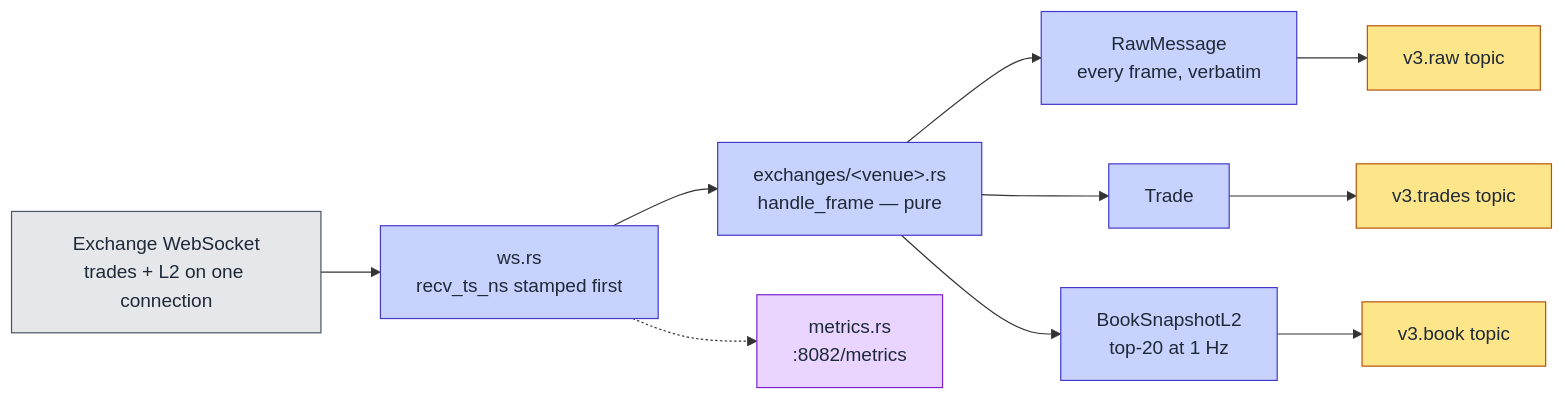
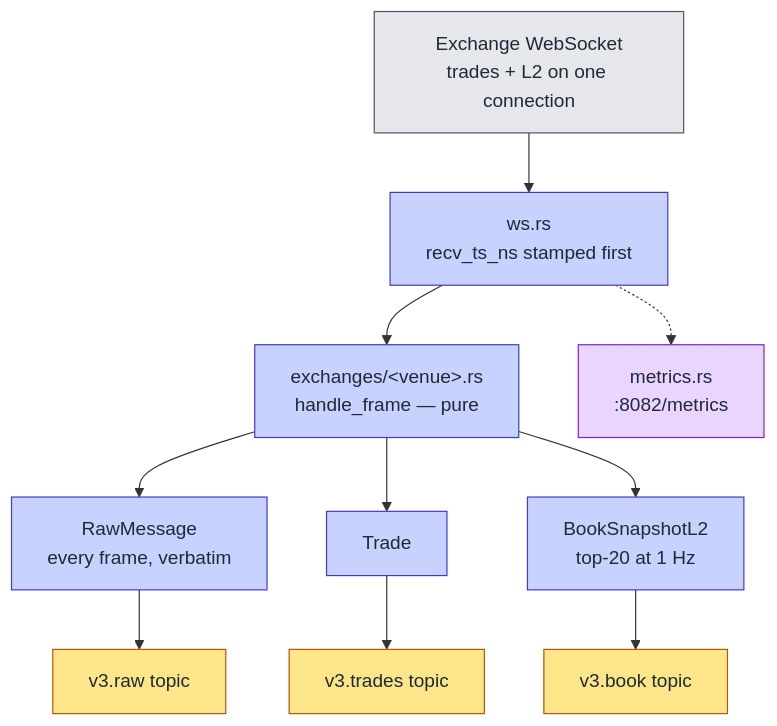
Before and after one commit to rjdscott/k2-market-data-platform: the diagram in docs/architecture/streaming-sources.md, drawn with Mermaid. The commit also changed 10 other files, not shown here.

First line of the commit message:
docs: retire v2-era content from live docs; top-to-bottom diagrams (#106)

````diff
--- a/docs/architecture/streaming-sources.md
+++ b/docs/architecture/streaming-sources.md
@@ -13,21 +13,21 @@
 ```mermaid
-flowchart LR
+flowchart TB
     WS["Exchange WebSocket<br/>trades + L2 on one connection"] --> RD["ws.rs<br/>recv_ts_ns stamped first"]
     RD --> AD["exchanges/&lt;venue&gt;.rs<br/>handle_frame — pure"]
     AD --> R1["RawMessage<br/>every frame, verbatim"]
     AD --> R2["Trade"]
     AD --> R3["BookSnapshotL2<br/>top-20 at 1 Hz"]
     R1 --> T1["v3.raw topic"]
     R2 --> T2["v3.trades topic"]
     R3 --> T3["v3.book topic"]
     RD -.-> MX["metrics.rs<br/>:8082/metrics"]
 
     classDef src fill:#e5e7eb,stroke:#4b5563,color:#1f2937
     classDef code fill:#c7d2fe,stroke:#4338ca,color:#1f2937
     classDef topic fill:#fde68a,stroke:#b45309,color:#1f2937
     classDef obs fill:#e9d5ff,stroke:#7e22ce,color:#1f2937
     class WS src
     class RD,AD,R1,R2,R3 code
     class T1,T2,T3 topic
     class MX obs
 ```
````
